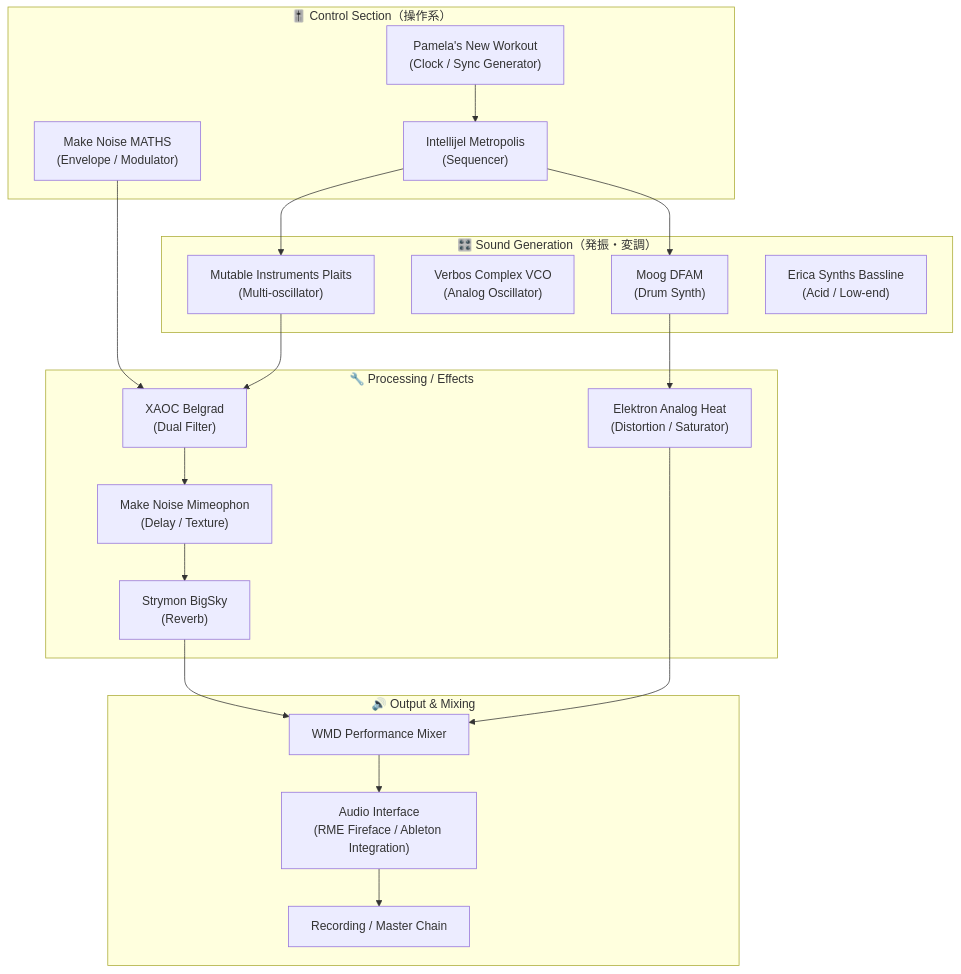
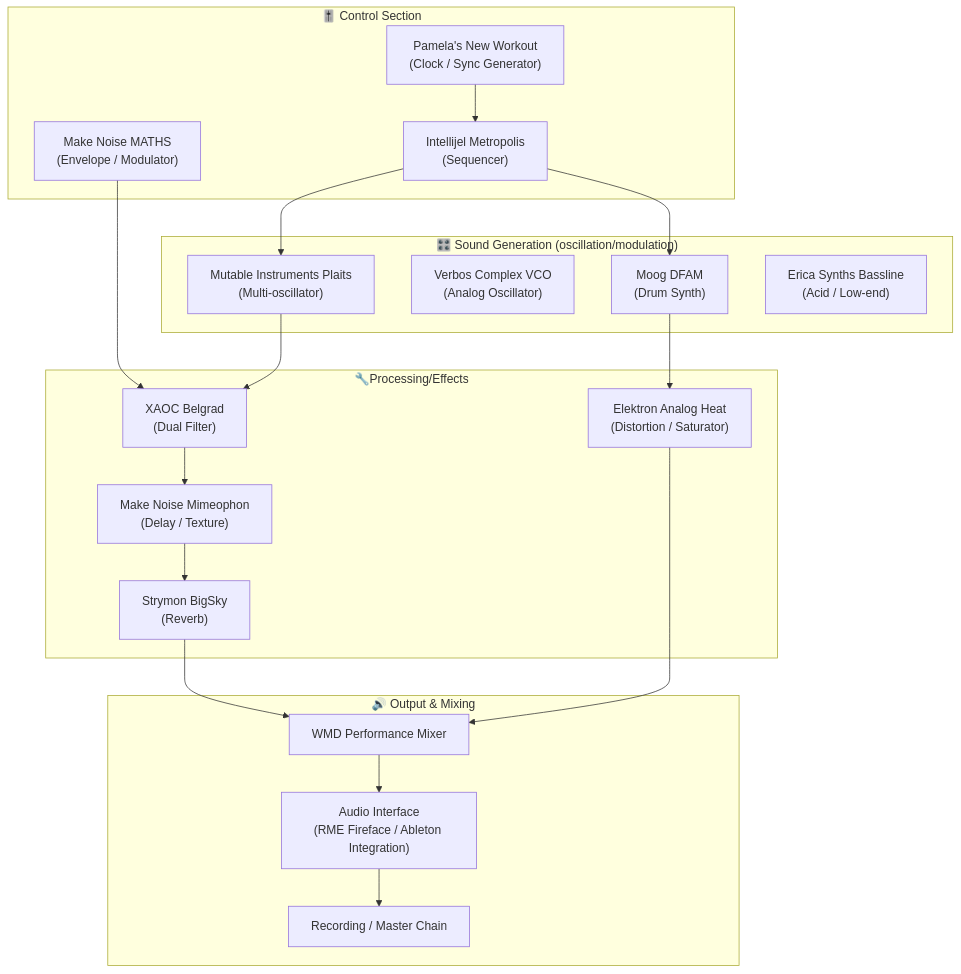
Before and after one commit to monumental-movement/monumental-movement.github.io: the second of 2 diagrams in en/_posts/2025-10-12-Column-Blawan.md, drawn with Mermaid. The commit also changed other lines of this file and 1631 other files, not shown here.

```diff
--- a/en/_posts/2025-10-12-Column-Blawan.md
+++ b/en/_posts/2025-10-12-Column-Blawan.md
@@ -293,44 +285,43 @@
 <div class="mermaid">
 
 flowchart TD
-    subgraph "🎚️ Control Section（操作系）"
+    subgraph "🎚️ Control Section"
       MATHS["Make Noise MATHS\n(Envelope / Modulator)"]
       PAM["Pamela's New Workout\n(Clock / Sync Generator)"]
       METROP["Intellijel Metropolis\n(Sequencer)"]
     end
 
-    subgraph "🎛️ Sound Generation（発振・変調）"
+subgraph "🎛️ Sound Generation (oscillation/modulation)"
       OSC["Mutable Instruments Plaits\n(Multi-oscillator)"]
       VCO["Verbos Complex VCO\n(Analog Oscillator)"]
       DFAM["Moog DFAM\n(Drum Synth)"]
       BASS["Erica Synths Bassline\n(Acid / Low-end)"]
     end
 
-    subgraph "🔧 Processing / Effects"
+subgraph "🔧Processing/Effects"
       FILTER["XAOC Belgrad\n(Dual Filter)"]
       DIST["Elektron Analog Heat\n(Distortion / Saturator)"]
       REVERB["Strymon BigSky\n(Reverb)"]
       DELAY["Make Noise Mimeophon\n(Delay / Texture)"]
     end
 
-    subgraph "🔊 Output & Mixing"
+subgraph "🔊 Output & Mixing"
       MIX["WMD Performance Mixer"]
       OUT["Audio Interface\n(RME Fireface / Ableton Integration)"]
       REC["Recording / Master Chain"]
     end
 
-    PAM --> METROP
+PAM --> METROP
     METROP --> OSC
     METROP --> DFAM
     MATHS --> FILTER
     OSC --> FILTER
     DFAM --> DIST
     FILTER --> DELAY
     DELAY --> REVERB
     REVERB --> MIX
     DIST --> MIX
     MIX --> OUT
     OUT --> REC
 
-
 </div>
```
